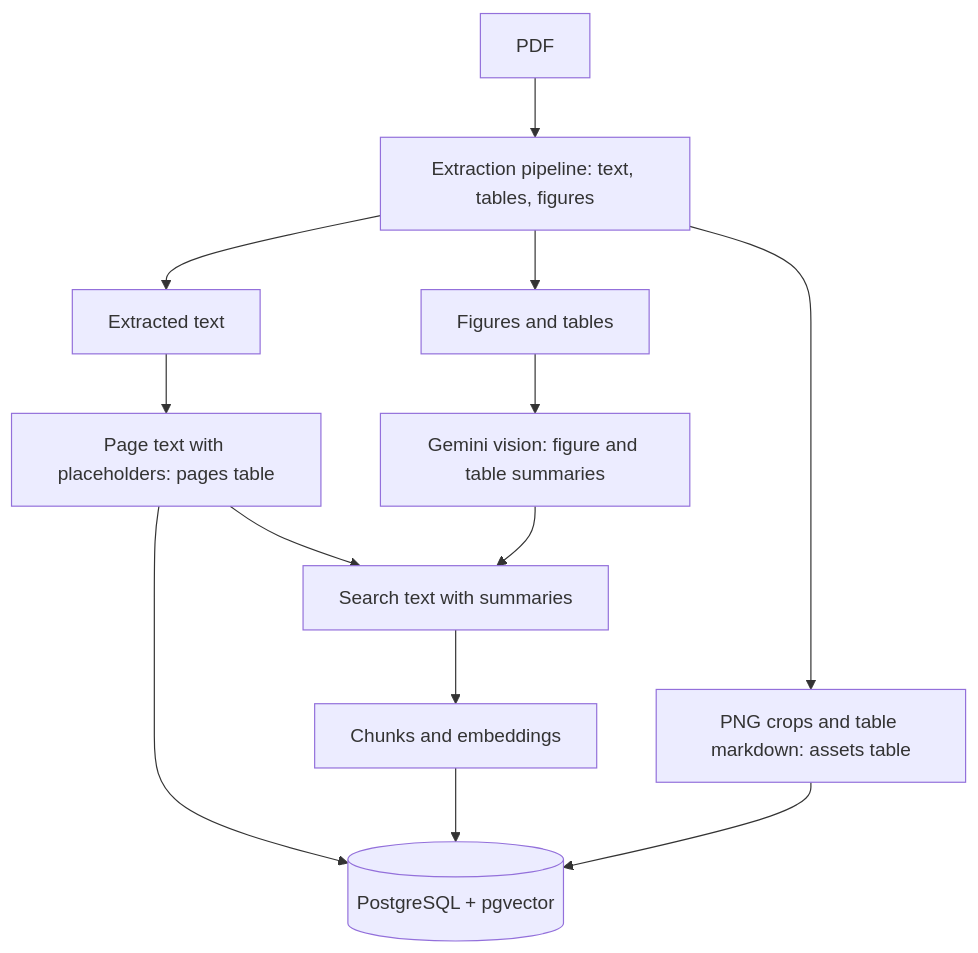
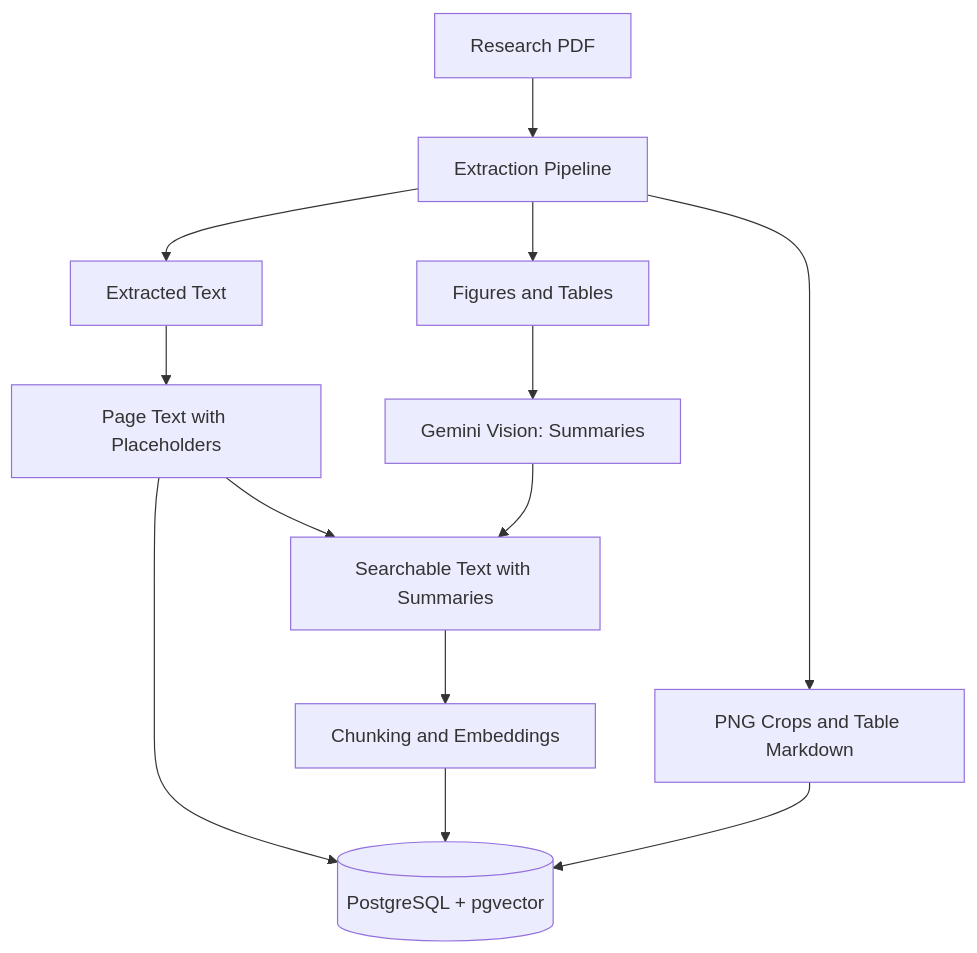
One commit to ksumanthreddy/Multimodal-RAG-for-Research-Papers changed the first of 2 diagrams in README.md. Above: the diagram before and after it, drawn with Mermaid. The commit also changed other lines of this file, not shown here.

````diff
--- a/README.md
+++ b/README.md
@@ -38,19 +46,17 @@
 ```mermaid
 flowchart TD
-    A["PDF"] --> B["Extraction pipeline: text, tables, figures"]
+    A["Research PDF"] --> B["Extraction Pipeline"]
+    B --> T["Extracted Text"]
+    B --> V["Figures and Tables"]
+    B --> G["PNG Crops and Table Markdown"]
 
-    B --> T["Extracted text"]
-    B --> V["Figures and tables"]
-    B --> G["PNG crops and table markdown: assets table"]
-
-    T --> D["Page text with placeholders: pages table"]
-    V --> C["Gemini vision: figure and table summaries"]
-
-    D --> E["Search text with summaries"]
+    T --> D["Page Text with Placeholders"]
+    V --> C["Gemini Vision: Summaries"]
+    D --> E["Searchable Text with Summaries"]
     C --> E
 
-    E --> H["Chunks and embeddings"]
+    E --> H["Chunking and Embeddings"]
     D --> F[("PostgreSQL + pgvector")]
     H --> F
     G --> F
 ```
````
